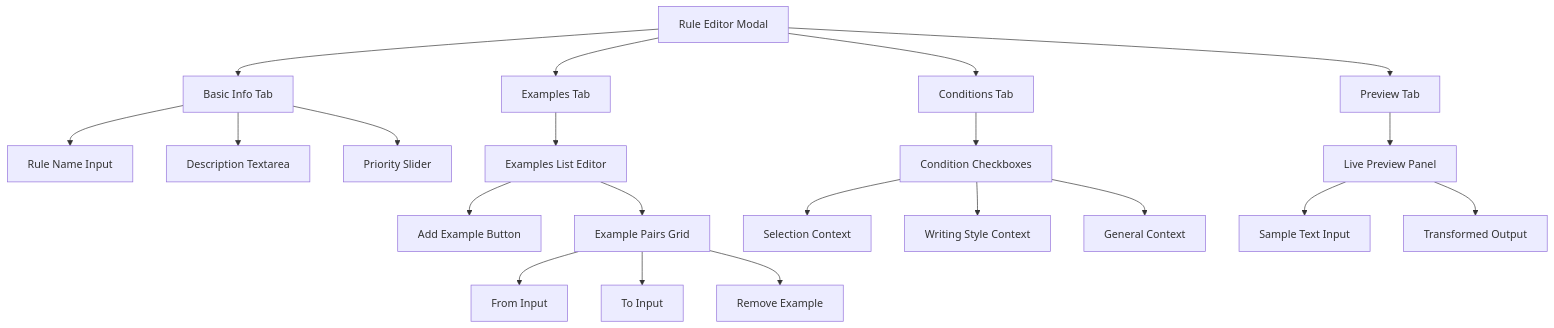
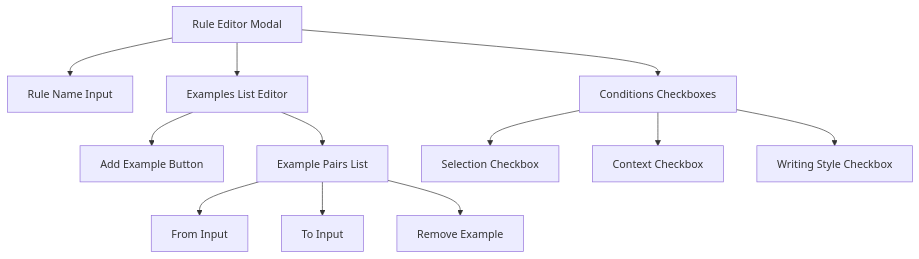
The fifth of 14 diagrams in .qoder/quests/rules-editor.md (Explosion-Scratch/whisper-mac), drawn with Mermaid before and after one commit. The commit also changed other lines of this file and 3 other files, not shown here.

````diff
--- a/.qoder/quests/rules-editor.md
+++ b/.qoder/quests/rules-editor.md
@@ -200,28 +192,17 @@
 ```mermaid
 graph TD
-    A[Rule Editor Modal] --> B[Basic Info Tab]
-    A --> C[Examples Tab]
-    A --> D[Conditions Tab]
-    A --> E[Preview Tab]
-    
-    B --> F[Rule Name Input]
-    B --> G[Description Textarea]
-    B --> H[Priority Slider]
-    
-    C --> I[Examples List Editor]
-    I --> J[Add Example Button]
-    I --> K[Example Pairs Grid]
-    
-    K --> L[From Input]
-    K --> M[To Input]
-    K --> N[Remove Example]
-    
-    D --> O[Condition Checkboxes]
-    O --> P[Selection Context]
-    O --> Q[Writing Style Context]
-    O --> R[General Context]
-    
-    E --> S[Live Preview Panel]
-    S --> T[Sample Text Input]
-    S --> U[Transformed Output]
+    A[Rule Editor Modal] --> B[Rule Name Input]
+    A --> C[Examples List Editor]
+    A --> D[Conditions Checkboxes]
+
+    C --> E[Add Example Button]
+    C --> F[Example Pairs List]
+
+    F --> G[From Input]
+    F --> H[To Input]
+    F --> I[Remove Example]
+
+    D --> J[Selection Checkbox]
+    D --> K[Context Checkbox]
+    D --> L[Writing Style Checkbox]
 ```
````
